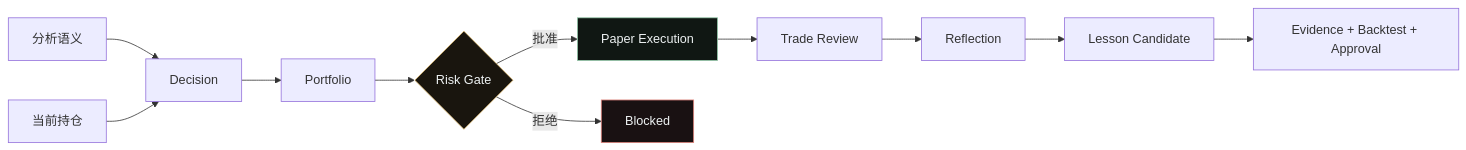
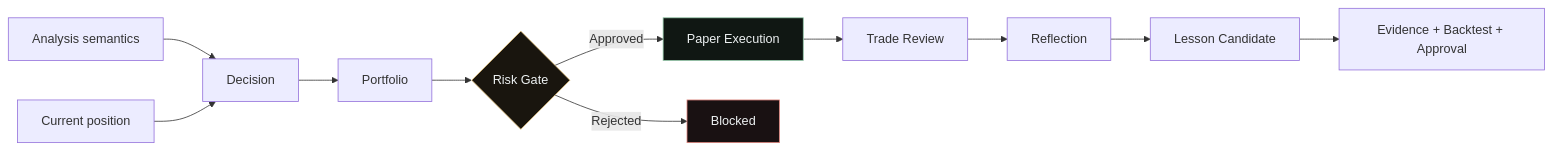
The third of 4 diagrams in README.md (EthanAlgoX/LLM-TradeBot), drawn with Mermaid before and after one commit. The commit also changed other lines of this file and 1 other file, not shown here.

```diff
--- a/README.md
+++ b/README.md
@@ -154,17 +158,17 @@
 ~~~mermaid
 flowchart LR
-    A["分析语义"] --> D["Decision"]
-    P["当前持仓"] --> D
+    A["Analysis semantics"] --> D["Decision"]
+    P["Current position"] --> D
     D --> PF["Portfolio"]
     PF --> R{"Risk Gate"}
-    R -->|批准| E["Paper Execution"]
-    R -->|拒绝| B["Blocked"]
+    R -->|Approved| E["Paper Execution"]
+    R -->|Rejected| B["Blocked"]
     E --> RV["Trade Review"]
     RV --> RF["Reflection"]
     RF --> LC["Lesson Candidate"]
     LC --> G["Evidence + Backtest + Approval"]
 
     style R fill:#19150e,stroke:#dbb76f,color:#edf1f2
     style B fill:#191112,stroke:#e1847c,color:#edf1f2
     style E fill:#101713,stroke:#94c9aa,color:#edf1f2
 ~~~
```
